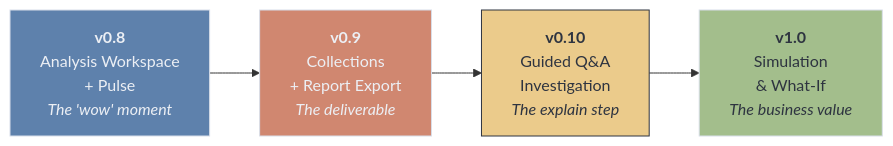
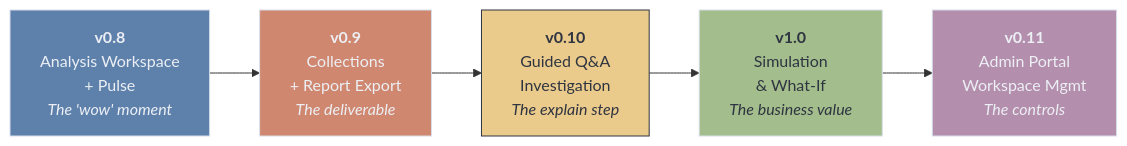
One commit to nuelo-ai/nuelo-spectra changed the tenth of 12 diagrams in requirements/brainstorm-idea-1.md. Above: the diagram before and after it, drawn with Mermaid. The commit also changed other lines of this file and 1 other file, not shown here.

Commit message:
docs: add Admin Portal workspace management to brainstorm and create milestone requirements

````diff
--- a/requirements/brainstorm-idea-1.md
+++ b/requirements/brainstorm-idea-1.md
@@ -653,14 +798,16 @@
 ```mermaid
 graph LR
     V08["<b>v0.8</b><br/>Analysis Workspace<br/>+ Pulse<br/><i>The 'wow' moment</i>"]
     V09["<b>v0.9</b><br/>Collections<br/>+ Report Export<br/><i>The deliverable</i>"]
     V010["<b>v0.10</b><br/>Guided Q&A<br/>Investigation<br/><i>The explain step</i>"]
     V10["<b>v1.0</b><br/>Simulation<br/>& What-If<br/><i>The business value</i>"]
+    V011["<b>v0.11</b><br/>Admin Portal<br/>Workspace Mgmt<br/><i>The controls</i>"]
 
-    V08 --> V09 --> V010 --> V10
+    V08 --> V09 --> V010 --> V10 --> V011
 
     style V08 fill:#5E81AC,stroke:#D8DEE9,color:#ECEFF4
     style V09 fill:#D08770,stroke:#D8DEE9,color:#ECEFF4
     style V010 fill:#EBCB8B,stroke:#2E3440,color:#2E3440
     style V10 fill:#A3BE8C,stroke:#D8DEE9,color:#2E3440
+    style V011 fill:#B48EAD,stroke:#D8DEE9,color:#ECEFF4
 ```
````
